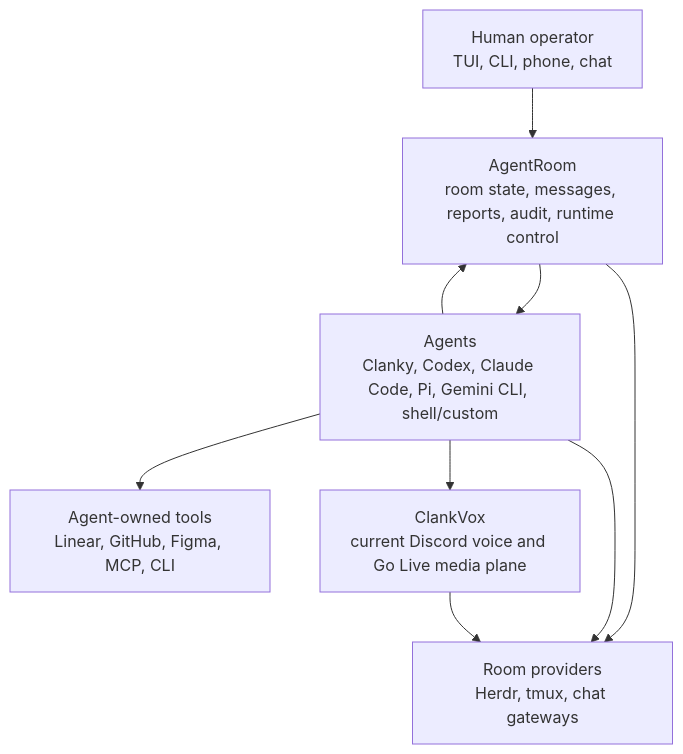
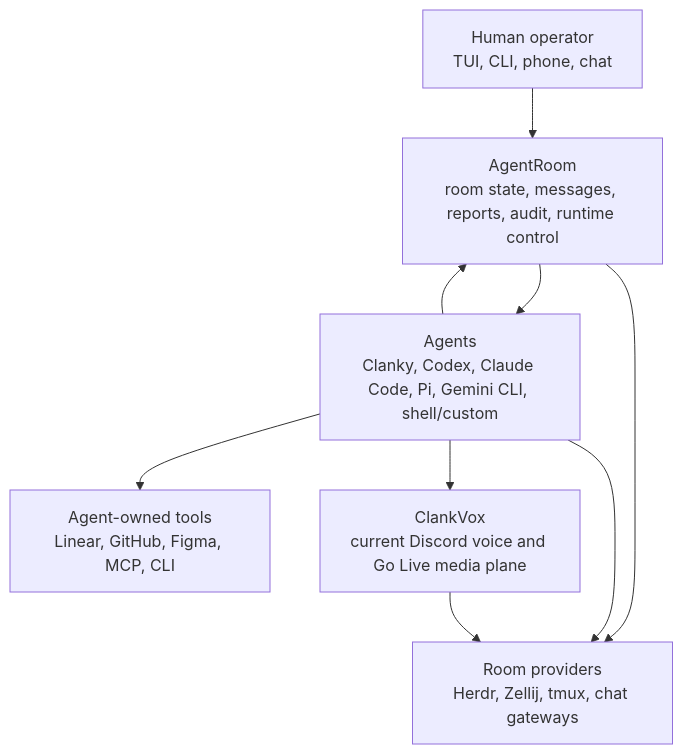
One commit to Volpestyle/agent-room changed the first of 3 diagrams in docs/ECOSYSTEM.md. Above: the diagram before and after it, drawn with Mermaid. The commit also changed other lines of this file and 36 other files, not shown here.

````diff
--- a/docs/ECOSYSTEM.md
+++ b/docs/ECOSYSTEM.md
@@ -76,18 +76,18 @@
 ```mermaid
 flowchart TB
   user["Human operator<br/>TUI, CLI, phone, chat"]
   room["AgentRoom<br/>room state, messages, reports, audit, runtime control"]
   agents["Agents<br/>Clanky, Codex, Claude Code, Pi, Gemini CLI, shell/custom"]
-  providers["Room providers<br/>Herdr, tmux, chat gateways"]
+  providers["Room providers<br/>Herdr, Zellij, tmux, chat gateways"]
   external["Agent-owned tools<br/>Linear, GitHub, Figma, MCP, CLI"]
   media["ClankVox<br/>current Discord voice and Go Live media plane"]
 
   user --> room
   room --> agents
   agents --> room
   room --> providers
   agents --> providers
   agents --> external
   agents --> media
   media --> providers
 ```
````
